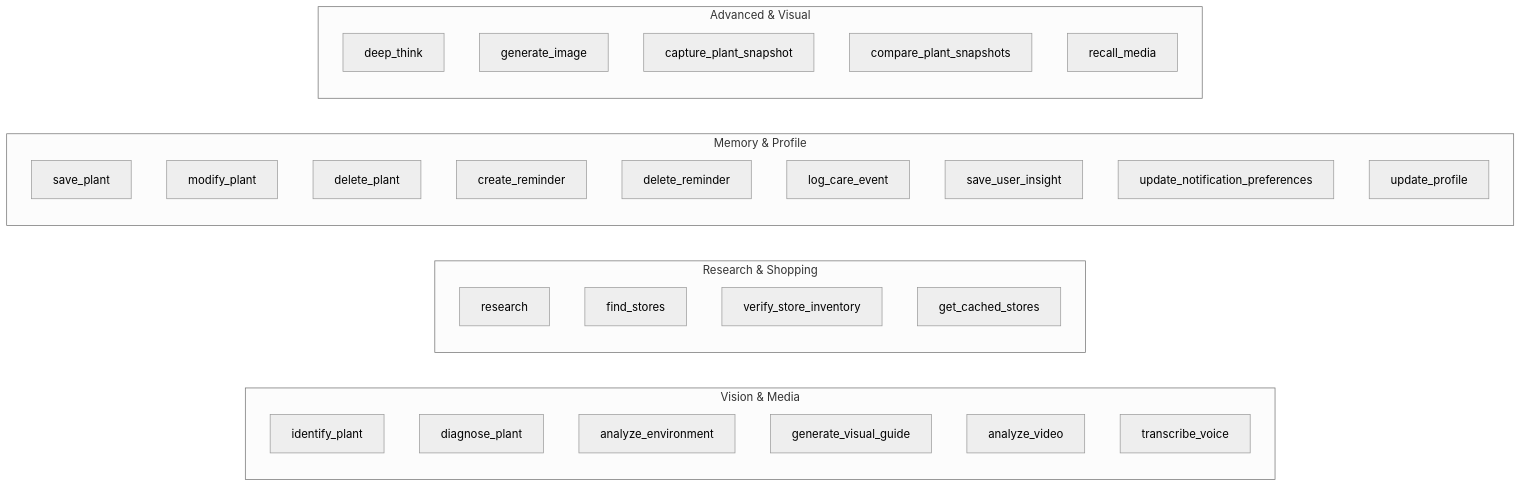
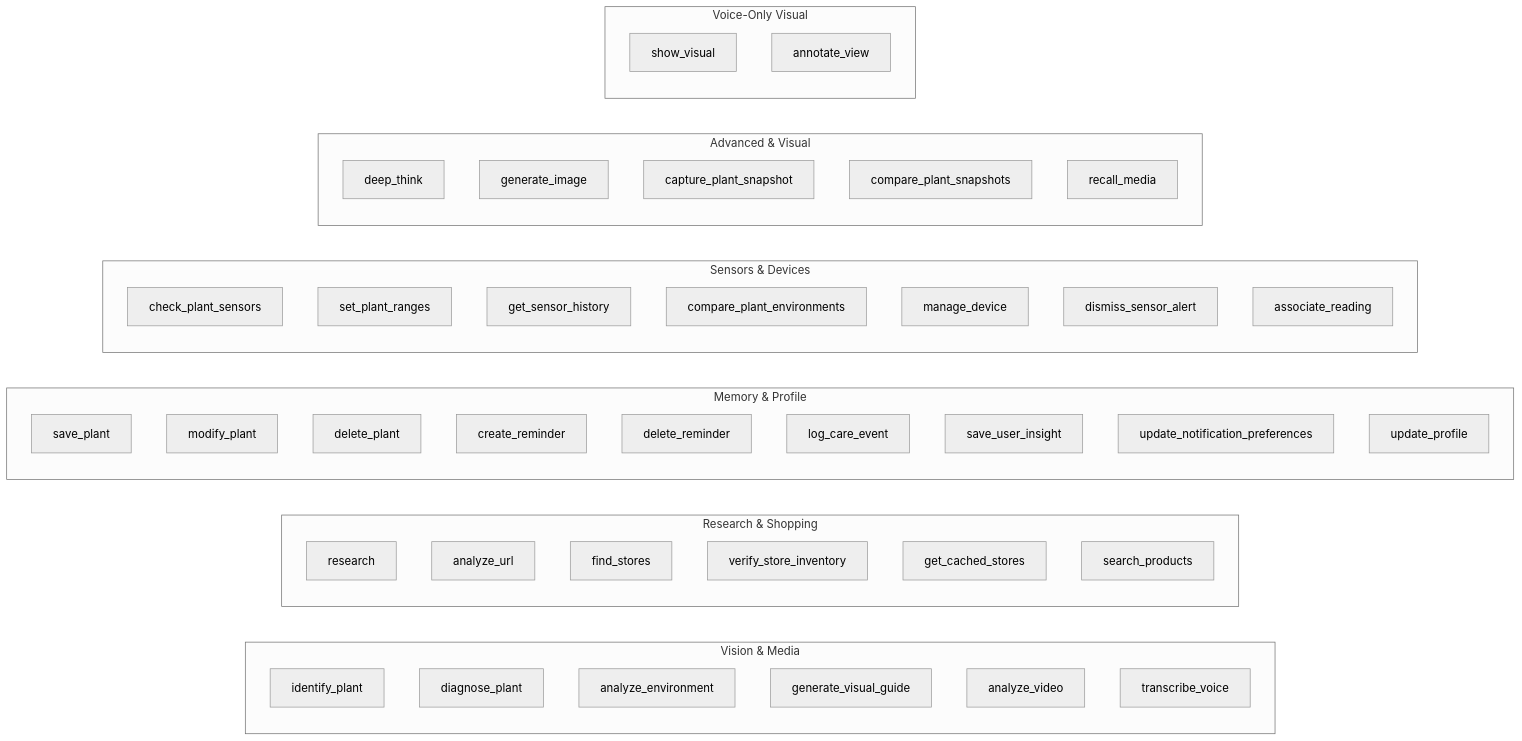
One commit to masudl-hub/msis522-technical-report changed the fifth of 15 diagrams in public/project-assets/technical-report.md. Above: the diagram before and after it, drawn with Mermaid (neutral theme). The commit also changed other lines of this file and 2 other files, not shown here.

````diff
--- a/public/project-assets/technical-report.md
+++ b/public/project-assets/technical-report.md
@@ -407,35 +523,50 @@
 ```mermaid
 flowchart LR
     subgraph Vision ["Vision & Media"]
         T1[identify_plant]
         T2[diagnose_plant]
         T3[analyze_environment]
         T4[generate_visual_guide]
         T5[analyze_video]
         T6[transcribe_voice]
     end
     subgraph Research ["Research & Shopping"]
         T7[research]
-        T8[find_stores]
-        T9[verify_store_inventory]
-        T10[get_cached_stores]
+        T8[analyze_url]
+        T9[find_stores]
+        T10[verify_store_inventory]
+        T11[get_cached_stores]
+        T12[search_products]
     end
     subgraph Memory ["Memory & Profile"]
-        T11[save_plant]
-        T12[modify_plant]
-        T13[delete_plant]
-        T14[create_reminder]
-        T15[delete_reminder]
-        T16[log_care_event]
-        T17[save_user_insight]
-        T18[update_notification_preferences]
-        T19[update_profile]
+        T13[save_plant]
+        T14[modify_plant]
+        T15[delete_plant]
+        T16[create_reminder]
+        T17[delete_reminder]
+        T18[log_care_event]
+        T19[save_user_insight]
+        T20[update_notification_preferences]
+        T21[update_profile]
+    end
+    subgraph Sensors ["Sensors & Devices"]
+        T22[check_plant_sensors]
+        T23[set_plant_ranges]
+        T24[get_sensor_history]
+        T25[compare_plant_environments]
+        T26[manage_device]
+        T27[dismiss_sensor_alert]
+        T28[associate_reading]
     end
     subgraph Advanced ["Advanced & Visual"]
-        T20[deep_think]
-        T21[generate_image]
-        T22[capture_plant_snapshot]
-        T23[compare_plant_snapshots]
-        T24[recall_media]
+        T29[deep_think]
+        T30[generate_image]
+        T31[capture_plant_snapshot]
+        T32[compare_plant_snapshots]
+        T33[recall_media]
+    end
+    subgraph VoiceVisual ["Voice-Only Visual"]
+        T34[show_visual]
+        T35[annotate_view]
     end
 ```
````
